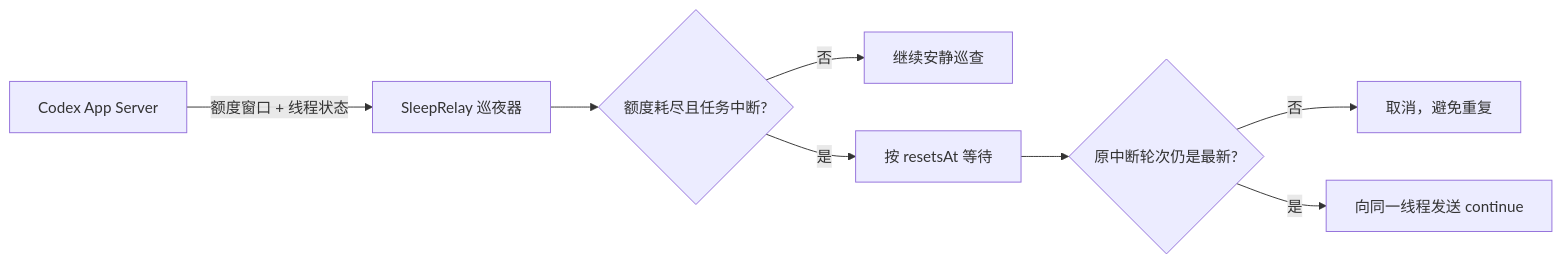
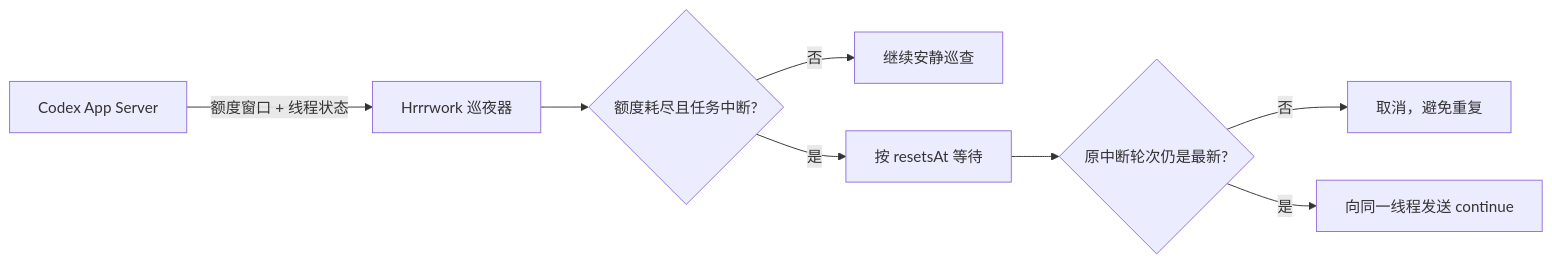
One commit to ChoneyChen/Hrrrwork changed the diagram in README.md. Above: the diagram before and after it, drawn with Mermaid. The commit also changed other lines of this file and 19 other files, not shown here.

````diff
--- a/README.md
+++ b/README.md
@@ -60,10 +61,10 @@
 ```mermaid
 flowchart LR
-    A[Codex App Server] -->|额度窗口 + 线程状态| B[SleepRelay 巡夜器]
+    A[Codex App Server] -->|额度窗口 + 线程状态| B[Hrrrwork 巡夜器]
     B --> C{额度耗尽且任务中断?}
     C -->|否| D[继续安静巡查]
     C -->|是| E[按 resetsAt 等待]
     E --> F{原中断轮次仍是最新?}
     F -->|否| G[取消，避免重复]
     F -->|是| H[向同一线程发送 continue]
 ```
````
